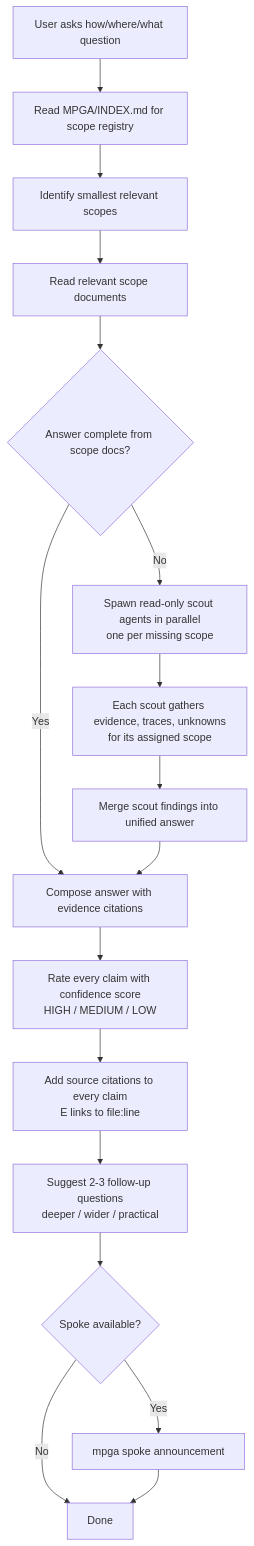
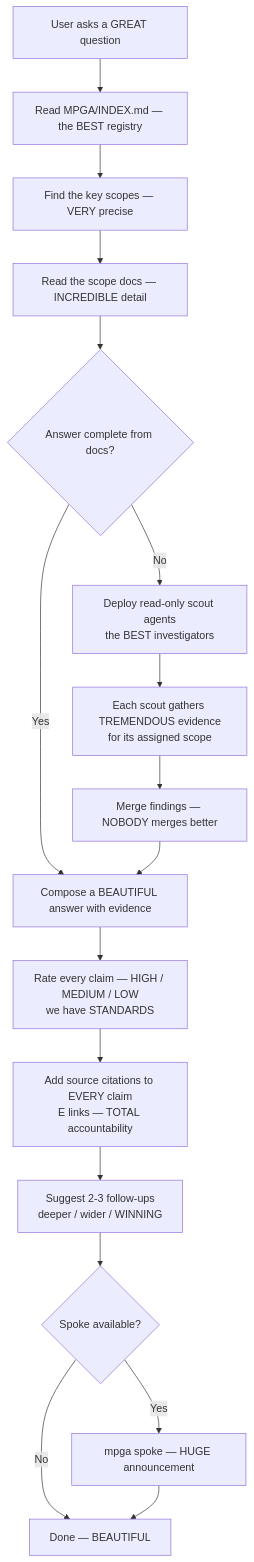
One commit to benrben/MPGA changed the diagram in docs/diagrams/skills/ask.md. Above: the diagram before and after it, drawn with Mermaid. The commit also changed other lines of this file and 28 other files, not shown here.

First line of the commit message:
style: Trumpify all workflow diagrams — TREMENDOUS Mermaid charts

````diff
--- a/docs/diagrams/skills/ask.md
+++ b/docs/diagrams/skills/ask.md
@@ -5,19 +5,19 @@
 ```mermaid
 flowchart TD
-    A[User asks how/where/what question] --> B[Read MPGA/INDEX.md for scope registry]
-    B --> C[Identify smallest relevant scopes]
-    C --> D[Read relevant scope documents]
-    D --> E{Answer complete from scope docs?}
-    E -->|Yes| F[Compose answer with evidence citations]
-    E -->|No| G[Spawn read-only scout agents in parallel\none per missing scope]
-    G --> H[Each scout gathers evidence, traces, unknowns\nfor its assigned scope]
-    H --> I[Merge scout findings into unified answer]
+    A[User asks a GREAT question] --> B[Read MPGA/INDEX.md — the BEST registry]
+    B --> C[Find the key scopes — VERY precise]
+    C --> D[Read the scope docs — INCREDIBLE detail]
+    D --> E{Answer complete from docs?}
+    E -->|Yes| F[Compose a BEAUTIFUL answer with evidence]
+    E -->|No| G[Deploy read-only scout agents\nthe BEST investigators]
+    G --> H[Each scout gathers TREMENDOUS evidence\nfor its assigned scope]
+    H --> I[Merge findings — NOBODY merges better]
     I --> F
-    F --> J[Rate every claim with confidence score\nHIGH / MEDIUM / LOW]
-    J --> K[Add source citations to every claim\nE links to file:line]
-    K --> L[Suggest 2-3 follow-up questions\ndeeper / wider / practical]
+    F --> J[Rate every claim — HIGH / MEDIUM / LOW\nwe have STANDARDS]
+    J --> K[Add source citations to EVERY claim\nE links — TOTAL accountability]
+    K --> L[Suggest 2-3 follow-ups\ndeeper / wider / WINNING]
     L --> M{Spoke available?}
-    M -->|Yes| N[mpga spoke announcement]
-    M -->|No| O[Done]
+    M -->|Yes| N[mpga spoke — HUGE announcement]
+    M -->|No| O[Done — BEAUTIFUL]
     N --> O
 ```
````
